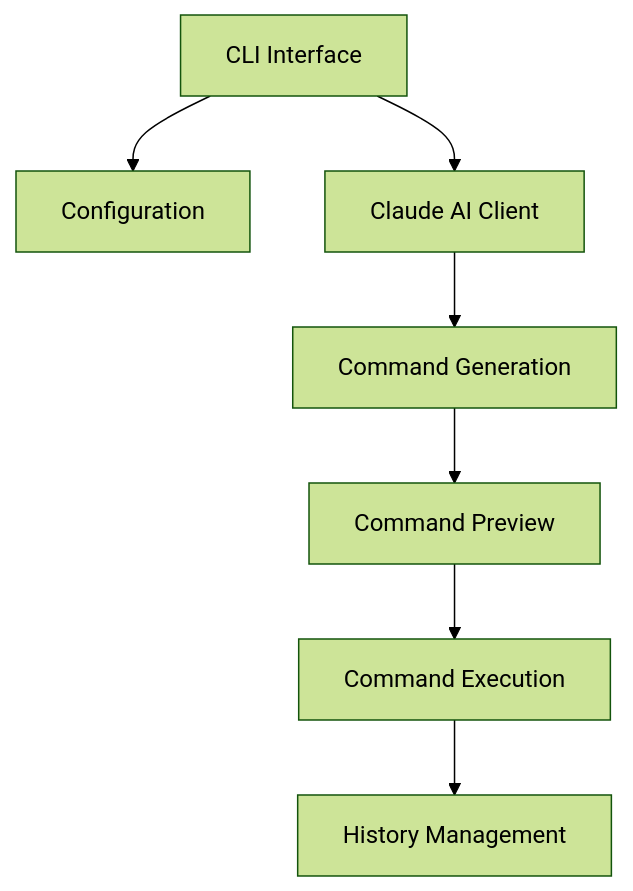
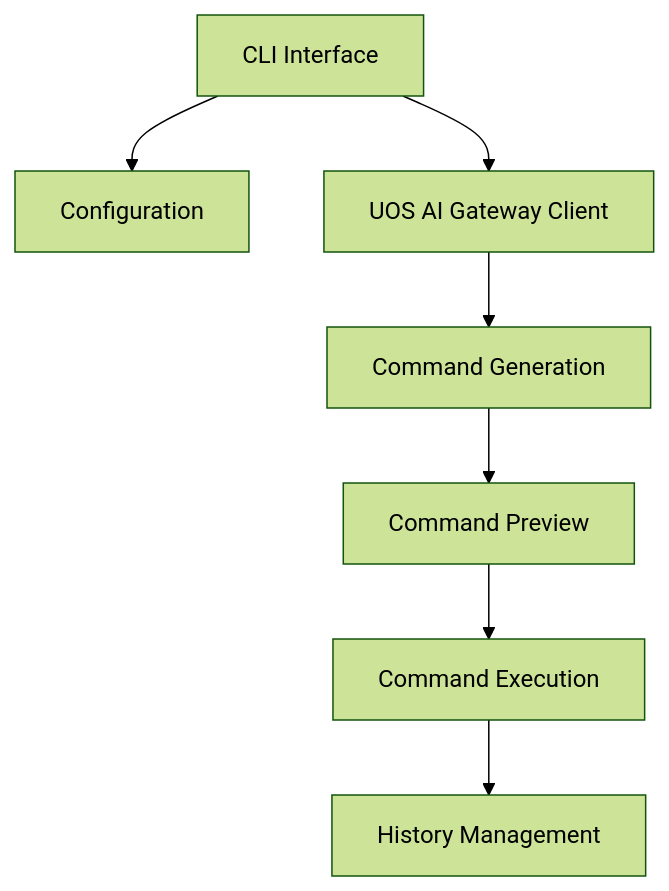
Before and after one commit to 0x4007/plz-cli: the first of 2 diagrams in docs/system-patterns.md, drawn with Mermaid (forest theme). The commit also changed other lines of this file and 12 other files, not shown here.

Commit message:
feat: use UOS AI gateway streaming previews

````diff
--- a/docs/system-patterns.md
+++ b/docs/system-patterns.md
@@ -5,9 +5,9 @@
 ```mermaid
 flowchart TD
     CLI[CLI Interface] --> Config[Configuration]
-    CLI --> AIClient[Claude AI Client]
+    CLI --> AIClient[UOS AI Gateway Client]
     AIClient --> CommandGen[Command Generation]
     CommandGen --> Preview[Command Preview]
     Preview --> Execution[Command Execution]
     Execution --> History[History Management]
 ```
````
